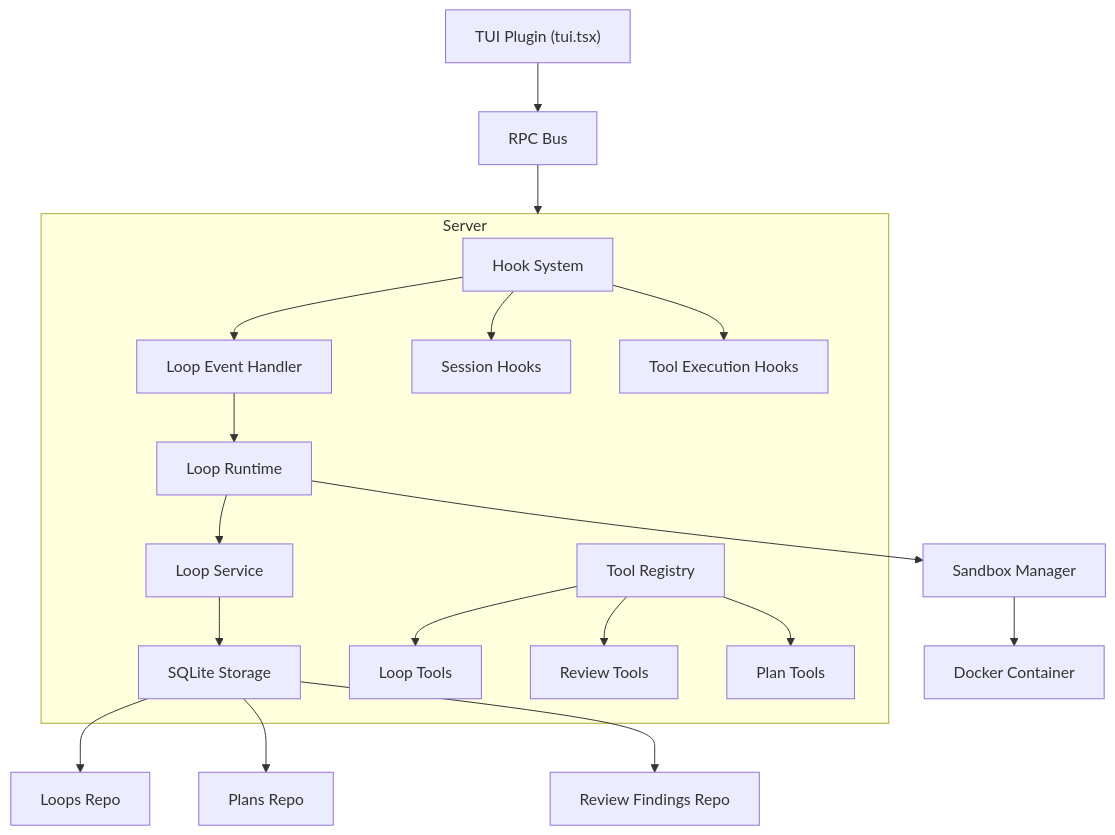
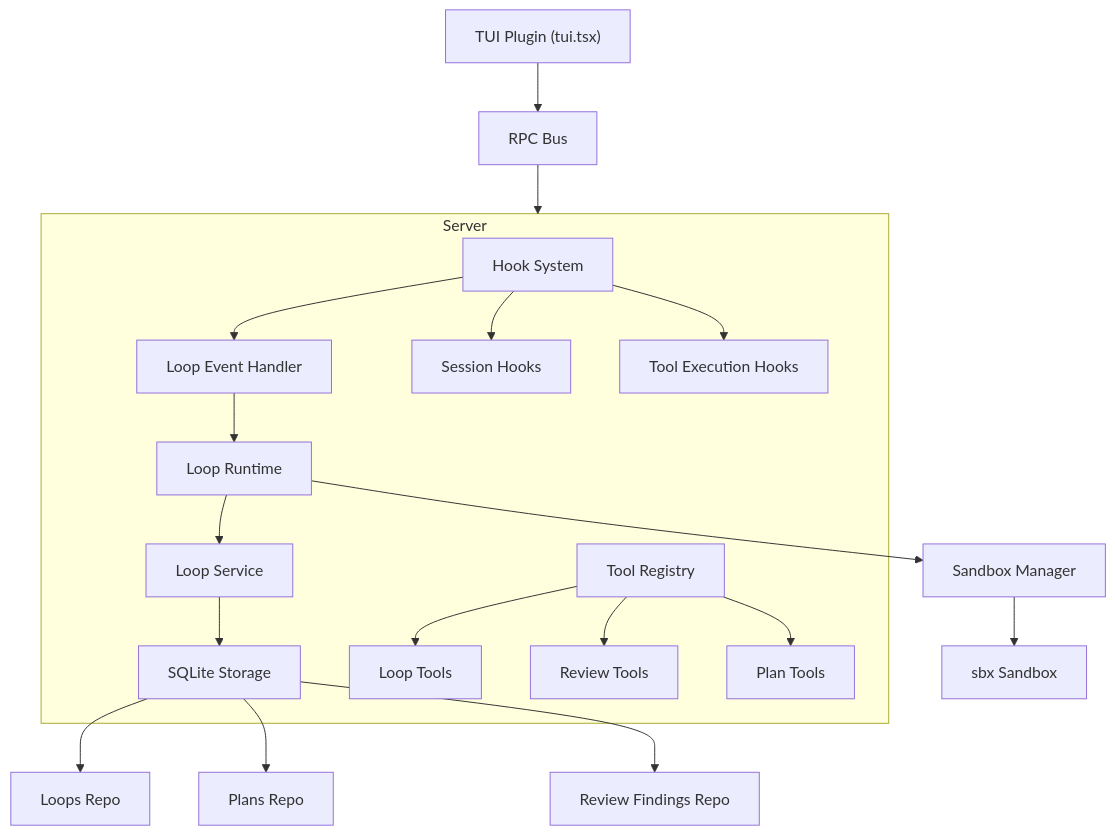
The diagram in docs/api/_media/architecture.md (chriswritescode-dev/opencode-forge), drawn with Mermaid before and after one commit. The commit also changed other lines of this file and 91 other files, not shown here.

First line of the commit message:
feat: migrate sandbox driver from Docker to the sbx CLI

````diff
--- a/docs/api/_media/architecture.md
+++ b/docs/api/_media/architecture.md
@@ -224,26 +224,26 @@
 ```mermaid
 graph TD
     TUI["TUI Plugin (tui.tsx)"] --> RPC["RPC Bus"]
     RPC --> Server["Server Plugin (index.ts)"]
 
     subgraph Server
         Hooks["Hook System"] --> LoopHandler["Loop Event Handler"]
         Hooks --> SessionHooks["Session Hooks"]
         Hooks --> ToolHooks["Tool Execution Hooks"]
 
         LoopHandler --> LoopRuntime["Loop Runtime"]
         LoopRuntime --> LoopService["Loop Service"]
         LoopService --> SQLite["SQLite Storage"]
 
         Tools["Tool Registry"] --> LoopTools["Loop Tools"]
         Tools --> ReviewTools["Review Tools"]
         Tools --> PlanTools["Plan Tools"]
     end
 
     LoopRuntime --> SandboxManager["Sandbox Manager"]
-    SandboxManager --> Docker["Docker Container"]
+    SandboxManager --> Sbx["sbx Sandbox"]
 
     SQLite --> LoopsRepo["Loops Repo"]
     SQLite --> PlansRepo["Plans Repo"]
     SQLite --> ReviewRepo["Review Findings Repo"]
 ```
````
